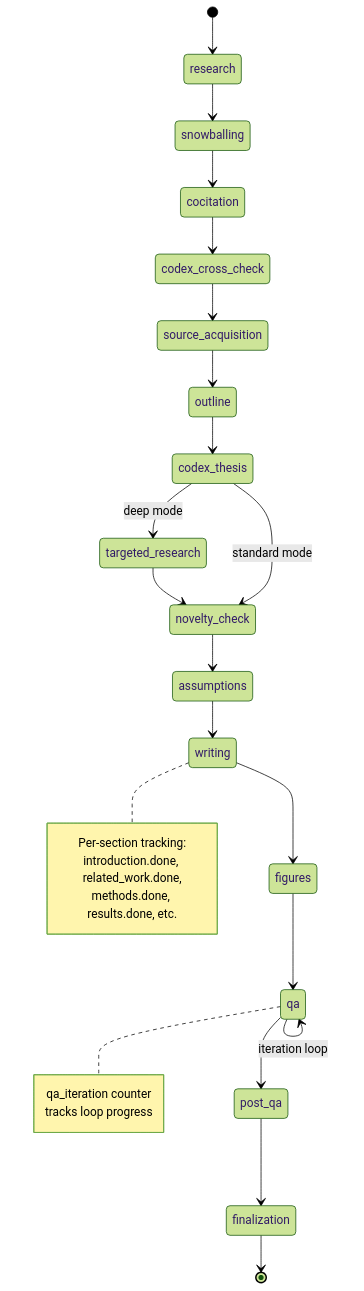
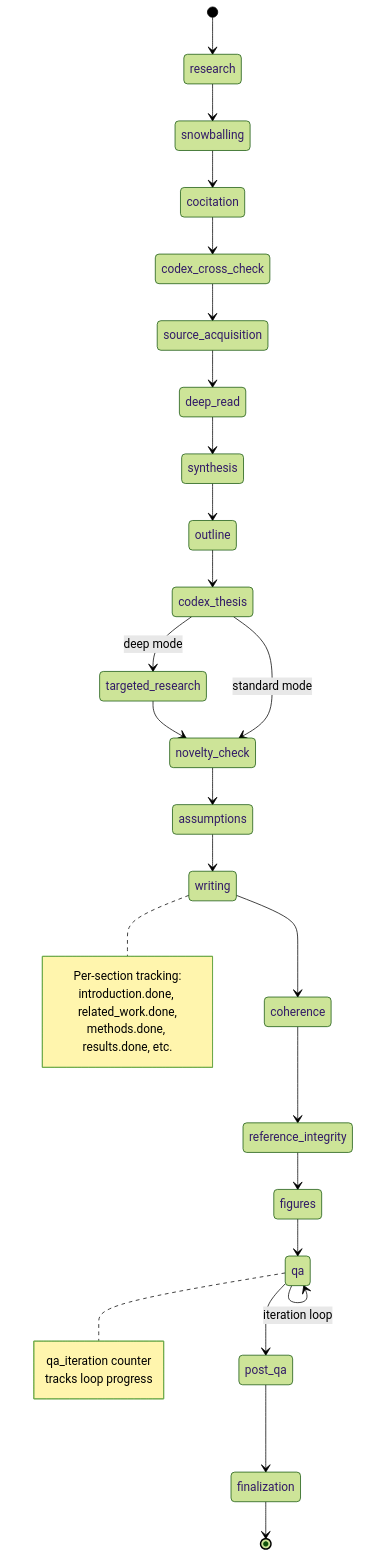
Before and after one commit to ndcorder/research-agent: the fifth of 10 diagrams in docs/ARCHITECTURE.md, drawn with Mermaid (forest theme). The commit also changed other lines of this file and 12 other files, not shown here.

First line of the commit message:
docs: add knowledge graph reference, fix stale counts, rename confusing commands

````diff
--- a/docs/ARCHITECTURE.md
+++ b/docs/ARCHITECTURE.md
@@ -281,32 +289,36 @@
 ```mermaid
 stateDiagram-v2
     [*] --> research
     research --> snowballing
     snowballing --> cocitation
     cocitation --> codex_cross_check
     codex_cross_check --> source_acquisition
-    source_acquisition --> outline
+    source_acquisition --> deep_read
+    deep_read --> synthesis
+    synthesis --> outline
     outline --> codex_thesis
     codex_thesis --> targeted_research : deep mode
     targeted_research --> novelty_check
     codex_thesis --> novelty_check : standard mode
     novelty_check --> assumptions
     assumptions --> writing
-    writing --> figures
+    writing --> coherence
+    coherence --> reference_integrity
+    reference_integrity --> figures
     figures --> qa
     qa --> qa : iteration loop
     qa --> post_qa
     post_qa --> finalization
     finalization --> [*]
 
     note right of writing
         Per-section tracking:
         introduction.done, related_work.done,
         methods.done, results.done, etc.
     end note
 
     note right of qa
         qa_iteration counter
         tracks loop progress
     end note
 ```
````
